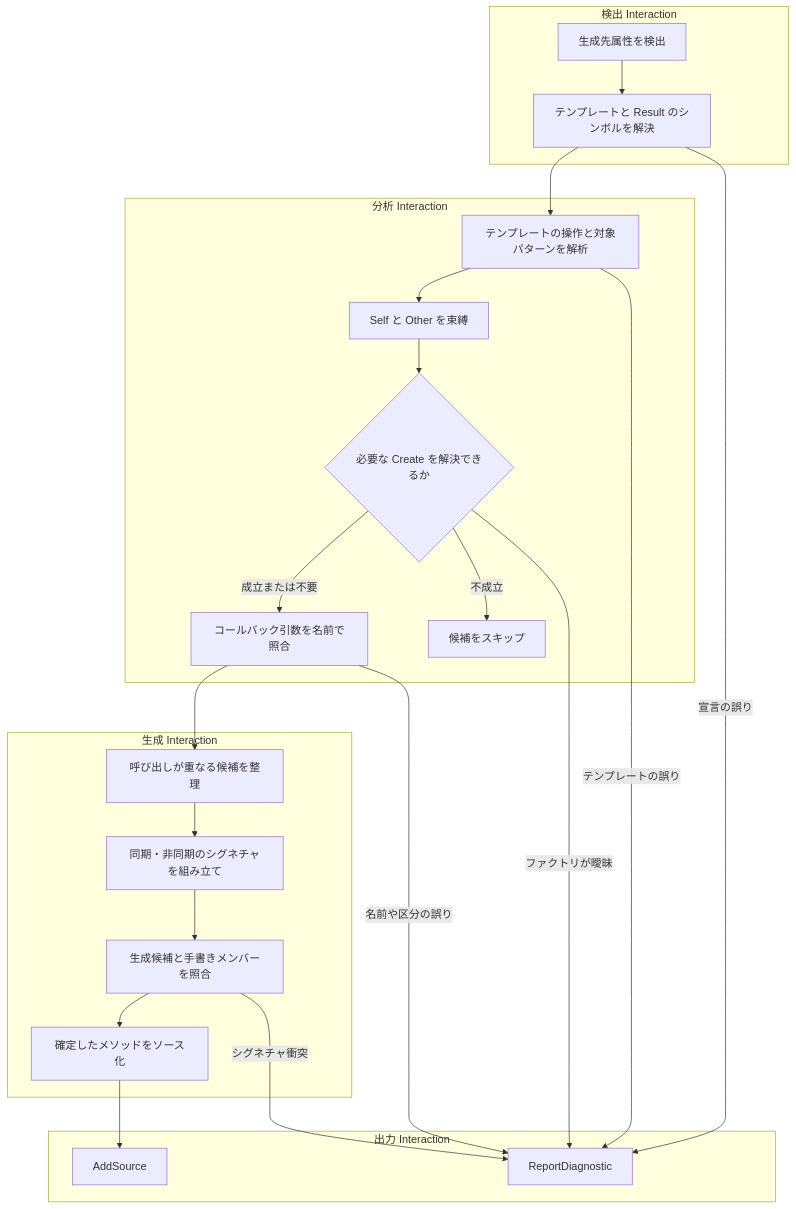
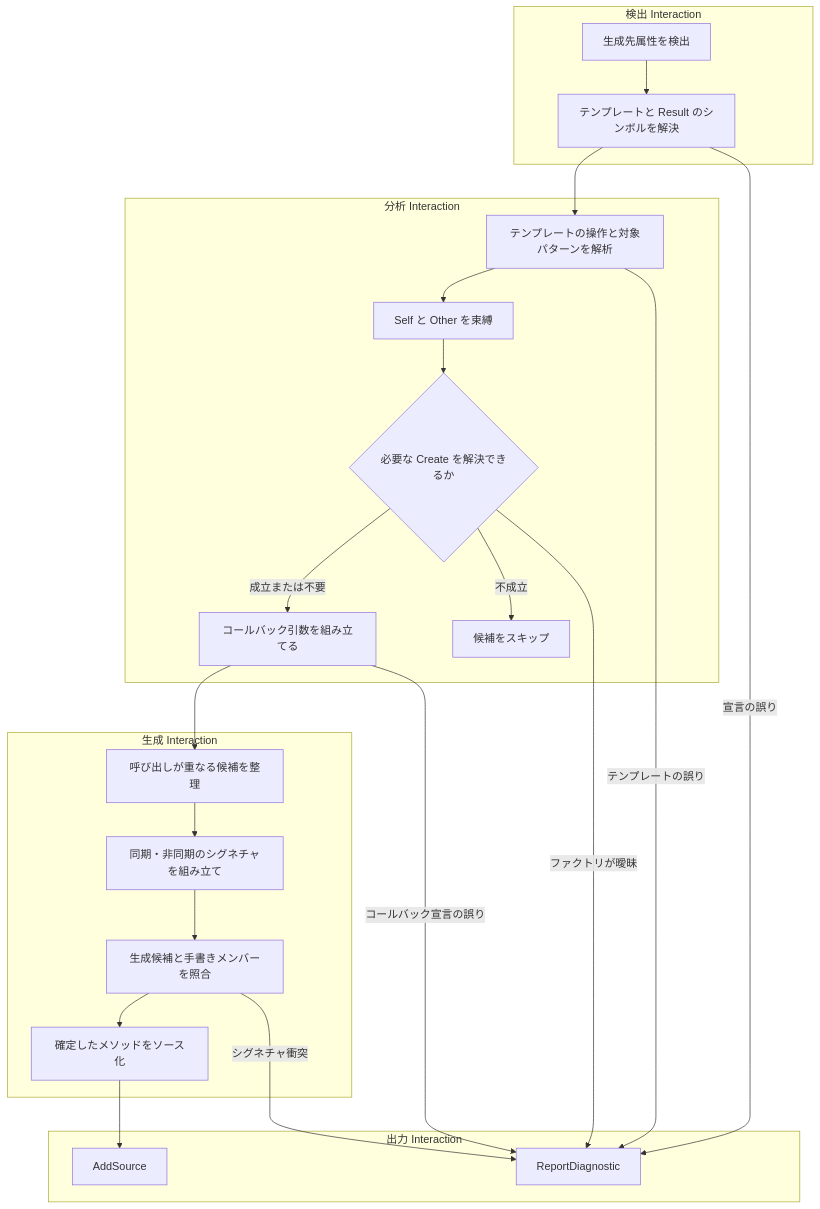
Before and after one commit to Studio-id-Game/InteractionFlowArchitecture: the diagram in docs/design-notes/RESULT_API_GENERATOR_PLAN.md, drawn with Mermaid. The commit also changed other lines of this file and 8 other files, not shown here.

````diff
--- a/docs/design-notes/RESULT_API_GENERATOR_PLAN.md
+++ b/docs/design-notes/RESULT_API_GENERATOR_PLAN.md
@@ -70,29 +70,29 @@
 ```mermaid
 flowchart TD
   subgraph detect [検出 Interaction]
     A[生成先属性を検出] --> B[テンプレートと Result のシンボルを解決]
   end
   subgraph analyze [分析 Interaction]
     C[テンプレートの操作と対象パターンを解析] --> D[Self と Other を束縛]
     D --> E{必要な Create を解決できるか}
-    E -->|成立または不要| K[コールバック引数を名前で照合]
+    E -->|成立または不要| K[コールバック引数を組み立てる]
     E -->|不成立| G[候補をスキップ]
   end
   subgraph build [生成 Interaction]
     L[呼び出しが重なる候補を整理] --> F[同期・非同期のシグネチャを組み立て]
     F --> H[生成候補と手書きメンバーを照合]
     H --> S[確定したメソッドをソース化]
   end
   subgraph emit [出力 Interaction]
     I[AddSource]
     J[ReportDiagnostic]
   end
   B --> C
   K --> L
   S --> I
   B -->|宣言の誤り| J
   C -->|テンプレートの誤り| J
   E -->|ファクトリが曖昧| J
-  K -->|名前や区分の誤り| J
+  K -->|コールバック宣言の誤り| J
   H -->|シグネチャ衝突| J
 ```
````
